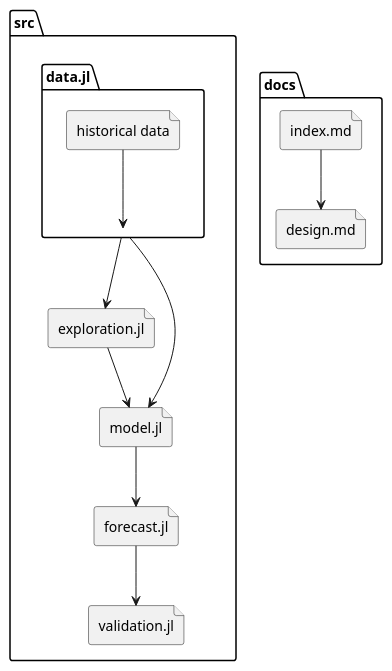
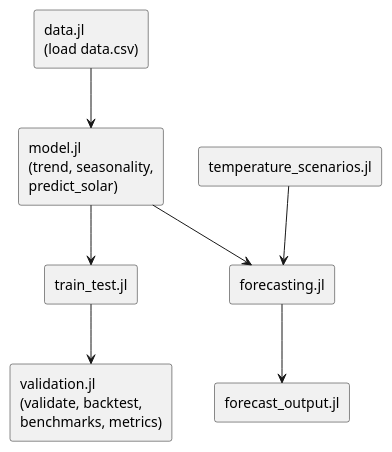
Before and after one commit to KLU-BADS/project-4-scientific-programming-2026: the diagram in docs/src/design.md, drawn with PlantUML. The commit also changed other lines of this file, not shown here.

Commit message:
Project Design Update

````diff
--- a/docs/src/design.md
+++ b/docs/src/design.md
@@ -137,29 +86,18 @@
 ```plantuml
 @startuml
-folder "src" {
-    file "data.jl" as data
-    file "exploration.jl" as exploration
-    file "model.jl" as model
-    file "forecast.jl" as forecast
-    file "validation.jl" as validation
-}
+rectangle "data.jl\n(load data.csv)" as data
+rectangle "model.jl\n(trend, seasonality,\npredict_solar)" as model
+rectangle "train_test.jl" as tt
+rectangle "validation.jl\n(validate, backtest,\nbenchmarks, metrics)" as validation
+rectangle "temperature_scenarios.jl" as scen
+rectangle "forecasting.jl" as forecast
+rectangle "forecast_output.jl" as output
 
-folder "data" {
-    file "historical data" as historical
-}
-
-folder "docs" {
-    file "index.md" as index
-    file "design.md" as design
-}
-
-historical --> data
-data --> exploration
 data --> model
-exploration --> model
+model --> tt
+tt --> validation
+scen --> forecast
 model --> forecast
-forecast --> validation
-
-index --> design
+forecast --> output
 @enduml
 ```
````
